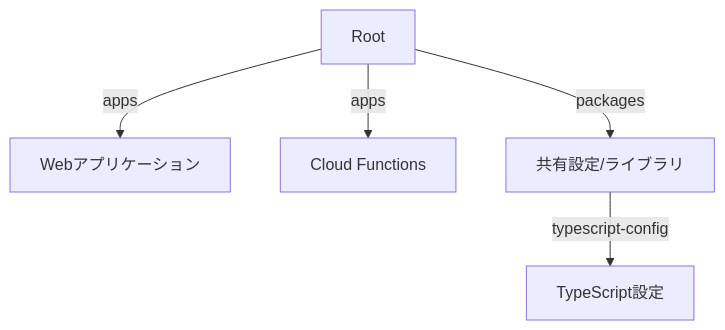
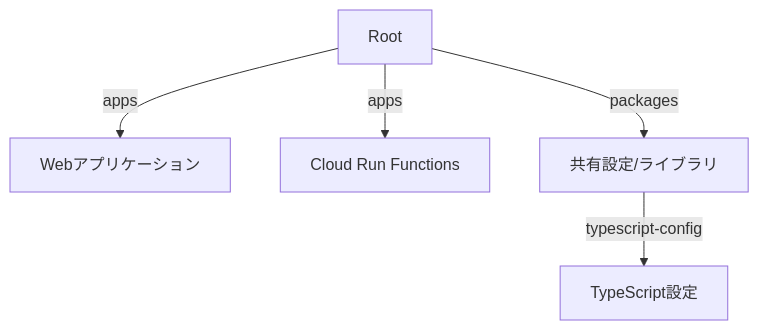
The diagram in docs/PROJECT_ANALYSIS.md (nothink-jp/suzumina.click), drawn with Mermaid before and after one commit. The commit also changed 20 other files, not shown here.

````diff
--- a/docs/PROJECT_ANALYSIS.md
+++ b/docs/PROJECT_ANALYSIS.md
@@ -5,7 +5,7 @@
 ```mermaid
 graph TD
     A[Root] -->|apps| B[Webアプリケーション]
-    A -->|apps| C[Cloud Functions]
+    A -->|apps| C[Cloud Run Functions]
     A -->|packages| D[共有設定/ライブラリ]
     D -->|typescript-config| E[TypeScript設定]
 ```
````
